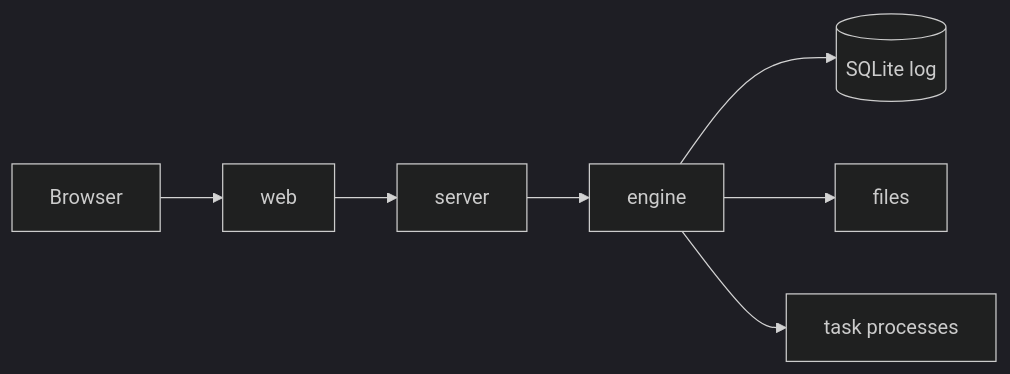
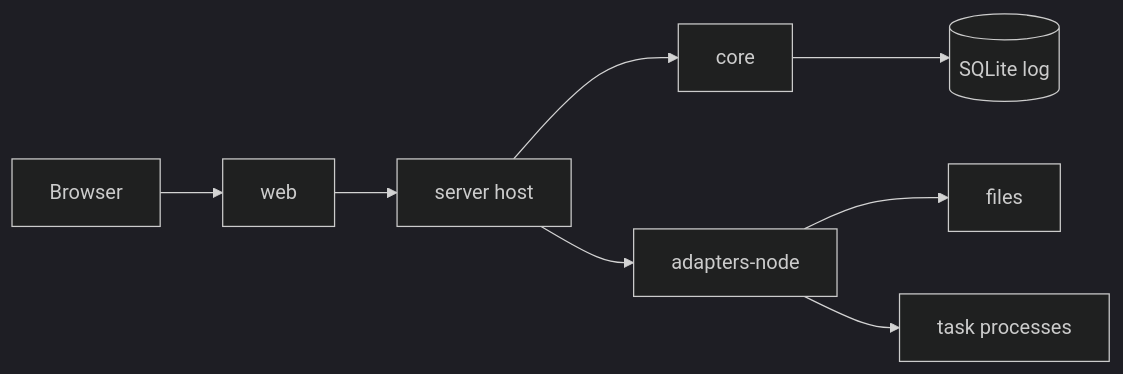
One commit to ductbuix/flows changed the first of 3 diagrams in docs/designs/des-015-architecture.md. Above: the diagram before and after it, drawn with Mermaid (dark theme). The commit also changed other lines of this file and 687 other files, not shown here.

First line of the commit message:
v2 completion: mock parity, runs on core, old engine removed (DES-043) (#23)

````diff
--- a/docs/designs/des-015-architecture.md
+++ b/docs/designs/des-015-architecture.md
@@ -33,7 +33,9 @@
 ```mermaid
 flowchart LR
-  B[Browser] --> W[web] --> S[server] --> E[engine]
-  E --> D[(SQLite log)]
-  E --> F[files]
-  E --> P[task processes]
+  B[Browser] --> W[web] --> S[server host]
+  S --> C[core]
+  S --> A[adapters-node]
+  C --> D[(SQLite log)]
+  A --> F[files]
+  A --> P[task processes]
 ```
````
